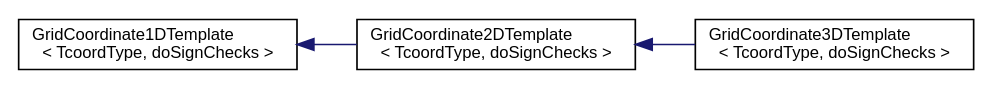
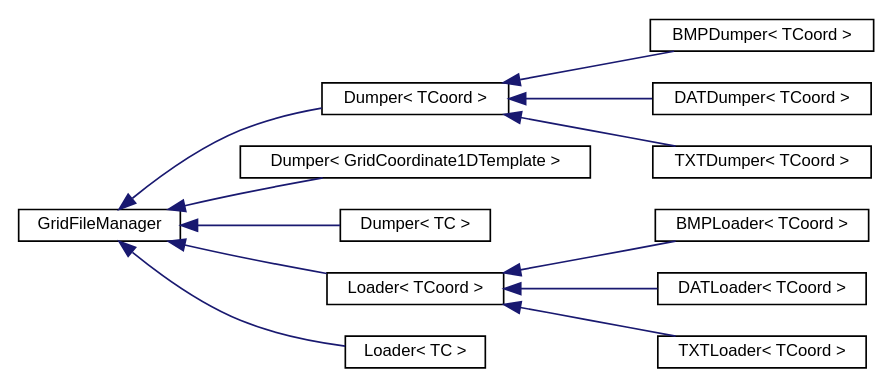
One commit to zer011b/fdtd3d changed the diagram in docs/inherit_graph_11.dot. Above: the diagram before and after it, drawn with Graphviz. The commit also changed 260 other files, not shown here.

```diff
--- a/docs/inherit_graph_11.dot
+++ b/docs/inherit_graph_11.dot
@@ -1,11 +1,29 @@
 digraph "Graphical Class Hierarchy"
 {
   edge [fontname="Helvetica",fontsize="10",labelfontname="Helvetica",labelfontsize="10"];
   node [fontname="Helvetica",fontsize="10",shape=record];
   rankdir="LR";
-  Node1 [label="GridCoordinate1DTemplate\l\< TcoordType, doSignChecks \>",height=0.2,width=0.4,color="black", fillcolor="white", style="filled",URL="$classGridCoordinate1DTemplate.html"];
+  Node1 [label="GridFileManager",height=0.2,width=0.4,color="black", fillcolor="white", style="filled",URL="$classGridFileManager.html"];
   Node1 -> Node2 [dir="back",color="midnightblue",fontsize="10",style="solid",fontname="Helvetica"];
-  Node2 [label="GridCoordinate2DTemplate\l\< TcoordType, doSignChecks \>",height=0.2,width=0.4,color="black", fillcolor="white", style="filled",URL="$classGridCoordinate2DTemplate.html"];
+  Node2 [label="Dumper\< TCoord \>",height=0.2,width=0.4,color="black", fillcolor="white", style="filled",URL="$classDumper.html"];
   Node2 -> Node3 [dir="back",color="midnightblue",fontsize="10",style="solid",fontname="Helvetica"];
-  Node3 [label="GridCoordinate3DTemplate\l\< TcoordType, doSignChecks \>",height=0.2,width=0.4,color="black", fillcolor="white", style="filled",URL="$classGridCoordinate3DTemplate.html"];
+  Node3 [label="BMPDumper\< TCoord \>",height=0.2,width=0.4,color="black", fillcolor="white", style="filled",URL="$classBMPDumper.html"];
+  Node2 -> Node4 [dir="back",color="midnightblue",fontsize="10",style="solid",fontname="Helvetica"];
+  Node4 [label="DATDumper\< TCoord \>",height=0.2,width=0.4,color="black", fillcolor="white", style="filled",URL="$classDATDumper.html"];
+  Node2 -> Node5 [dir="back",color="midnightblue",fontsize="10",style="solid",fontname="Helvetica"];
+  Node5 [label="TXTDumper\< TCoord \>",height=0.2,width=0.4,color="black", fillcolor="white", style="filled",URL="$classTXTDumper.html"];
+  Node1 -> Node6 [dir="back",color="midnightblue",fontsize="10",style="solid",fontname="Helvetica"];
+  Node6 [label="Dumper\< GridCoordinate1DTemplate \>",height=0.2,width=0.4,color="black", fillcolor="white", style="filled",URL="$classDumper.html"];
+  Node1 -> Node7 [dir="back",color="midnightblue",fontsize="10",style="solid",fontname="Helvetica"];
+  Node7 [label="Dumper\< TC \>",height=0.2,width=0.4,color="black", fillcolor="white", style="filled",URL="$classDumper.html"];
+  Node1 -> Node8 [dir="back",color="midnightblue",fontsize="10",style="solid",fontname="Helvetica"];
+  Node8 [label="Loader\< TCoord \>",height=0.2,width=0.4,color="black", fillcolor="white", style="filled",URL="$classLoader.html"];
+  Node8 -> Node9 [dir="back",color="midnightblue",fontsize="10",style="solid",fontname="Helvetica"];
+  Node9 [label="BMPLoader\< TCoord \>",height=0.2,width=0.4,color="black", fillcolor="white", style="filled",URL="$classBMPLoader.html"];
+  Node8 -> Node10 [dir="back",color="midnightblue",fontsize="10",style="solid",fontname="Helvetica"];
+  Node10 [label="DATLoader\< TCoord \>",height=0.2,width=0.4,color="black", fillcolor="white", style="filled",URL="$classDATLoader.html"];
+  Node8 -> Node11 [dir="back",color="midnightblue",fontsize="10",style="solid",fontname="Helvetica"];
+  Node11 [label="TXTLoader\< TCoord \>",height=0.2,width=0.4,color="black", fillcolor="white", style="filled",URL="$classTXTLoader.html"];
+  Node1 -> Node12 [dir="back",color="midnightblue",fontsize="10",style="solid",fontname="Helvetica"];
+  Node12 [label="Loader\< TC \>",height=0.2,width=0.4,color="black", fillcolor="white", style="filled",URL="$classLoader.html"];
 }
```
